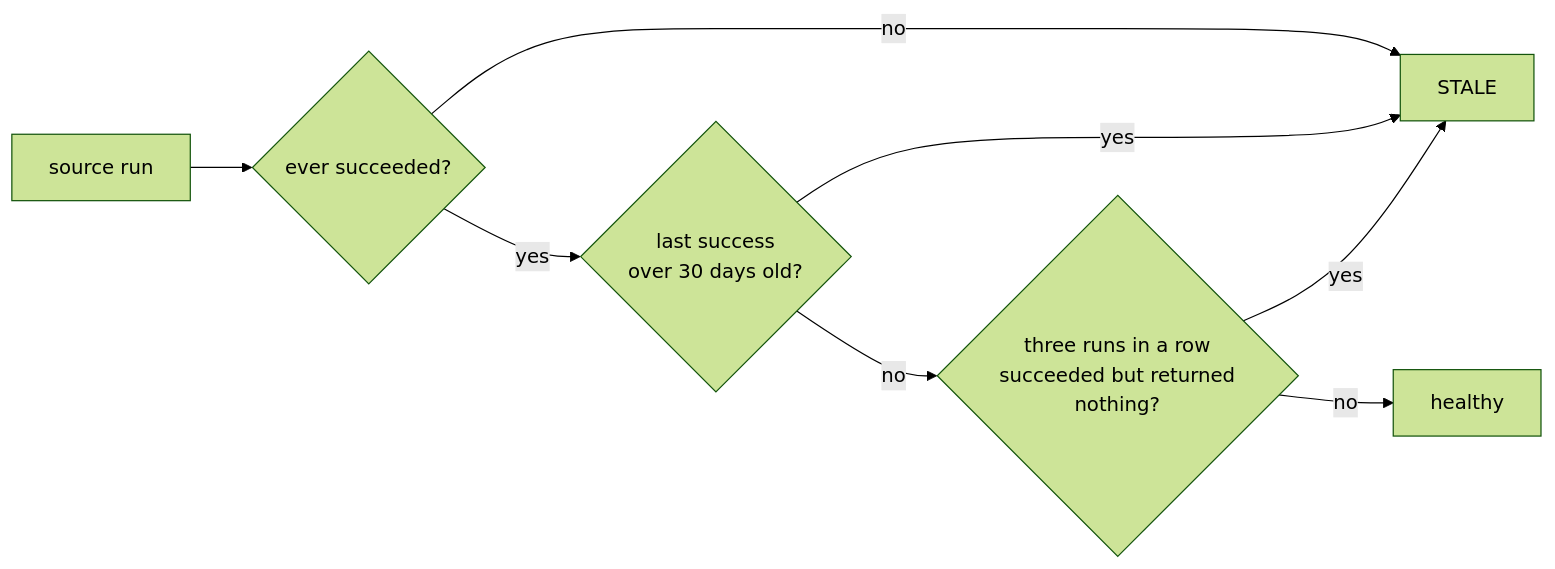
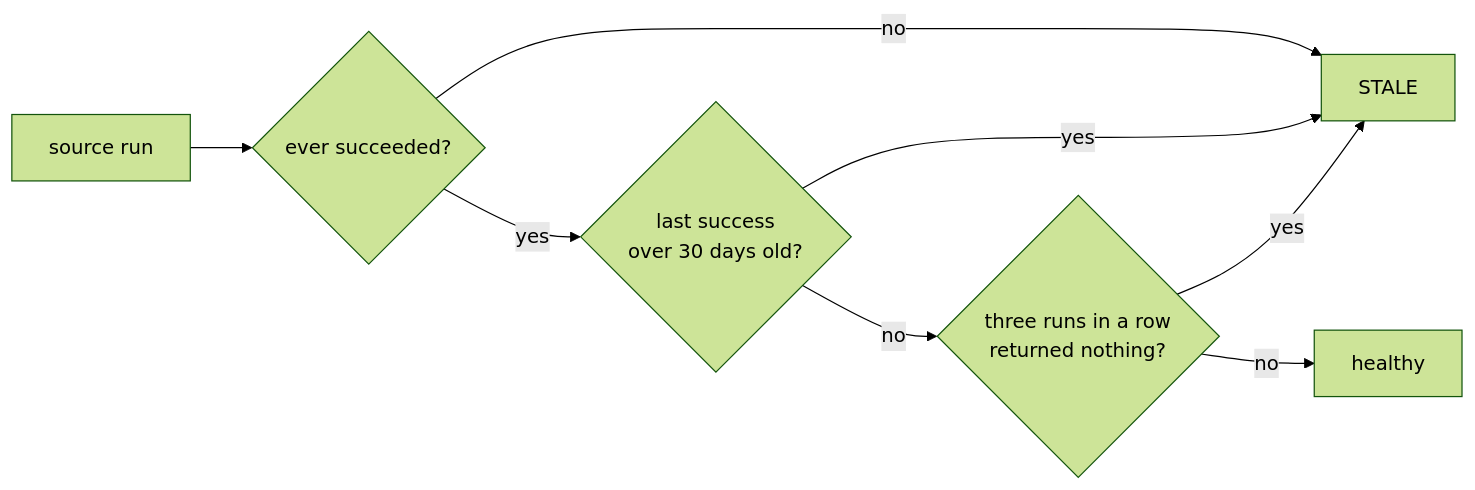
Before and after one commit to longshuicy/grant-sift: the third of 3 diagrams in README.md, drawn with Mermaid (forest theme). The commit also changed other lines of this file and 33 other files, not shown here.

````diff
--- a/README.md
+++ b/README.md
@@ -262,10 +297,10 @@
 ```mermaid
 flowchart LR
     S["source run"] --> A{"ever succeeded?"}
     A -->|"no"| ST["STALE"]
     A -->|"yes"| B{"last success<br/>over 30 days old?"}
     B -->|"yes"| ST
-    B -->|"no"| C{"three runs in a row<br/>succeeded but returned<br/>nothing?"}
+    B -->|"no"| C{"three runs in a row<br/>returned nothing?"}
     C -->|"yes"| ST
     C -->|"no"| OK["healthy"]
 ```
````
